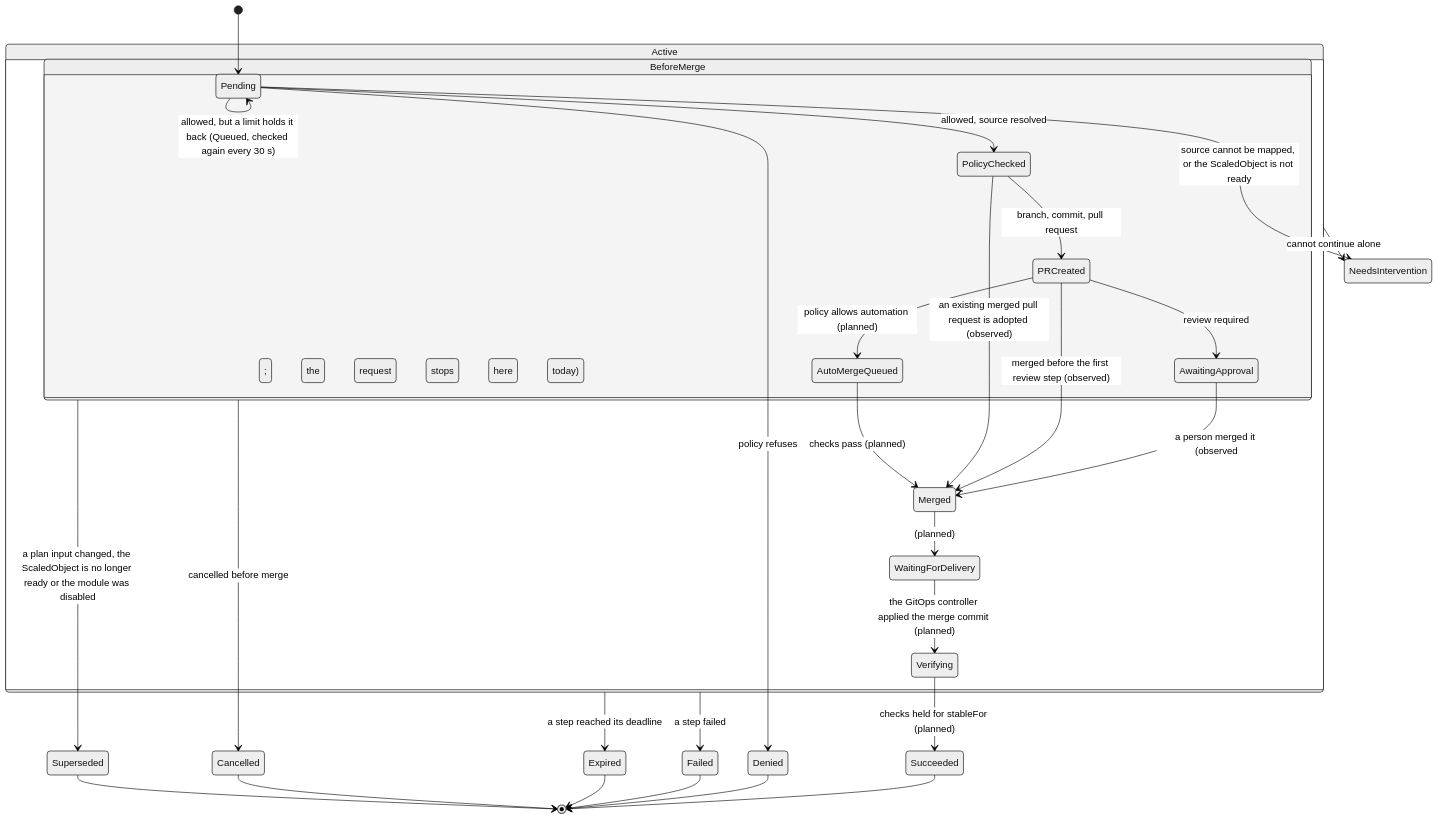
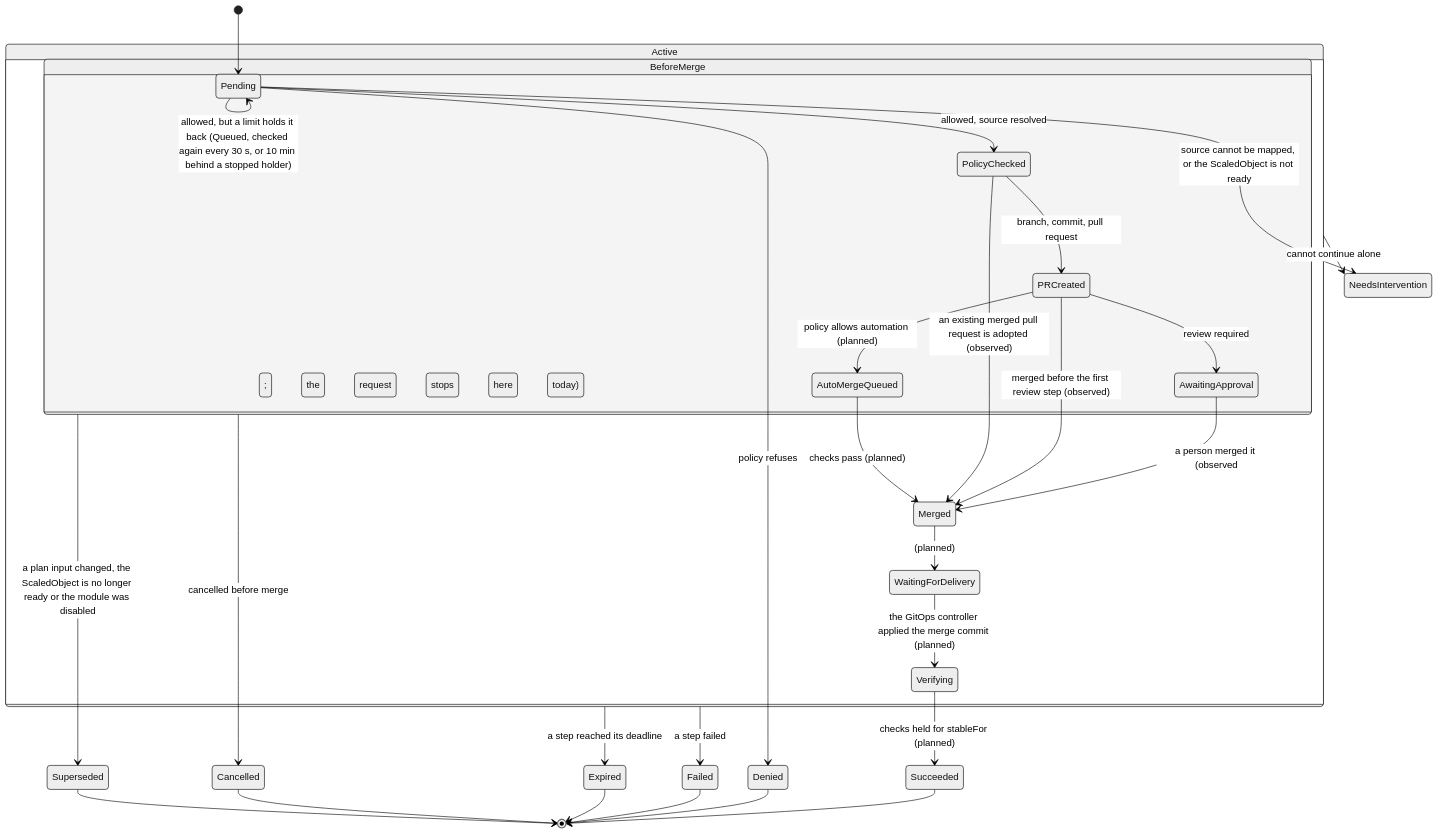
The third of 5 diagrams in docs/design.md (pkalin/shadewright), drawn with Mermaid (neutral theme) before and after one commit. The commit also changed other lines of this file and 16 other files, not shown here.

````diff
--- a/docs/design.md
+++ b/docs/design.md
@@ -541,34 +541,34 @@
 ```mermaid
 stateDiagram-v2
     [*] --> Pending
     state Active {
         state BeforeMerge {
             Pending --> PolicyChecked: allowed, source resolved
             PolicyChecked --> PRCreated: branch, commit, pull request
             PRCreated --> AwaitingApproval: review required
             PRCreated --> AutoMergeQueued: policy allows automation (planned)
             AwaitingApproval --> Merged: a person merged it (observed; the request stops here today)
             PRCreated --> Merged: merged before the first review step (observed)
             PolicyChecked --> Merged: an existing merged pull request is adopted (observed)
             AutoMergeQueued --> Merged: checks pass (planned)
         }
         Merged --> WaitingForDelivery: (planned)
         WaitingForDelivery --> Verifying: the GitOps controller applied the merge commit (planned)
     }
     Pending --> Denied: policy refuses
     Pending --> NeedsIntervention: source cannot be mapped, or the ScaledObject is not ready
     Pending --> Pending: KEDA has not reported on the ScaledObject yet (waits up to 10 minutes)
-    Pending --> Pending: allowed, but a limit holds it back (Queued, checked again every 30 s)
+    Pending --> Pending: allowed, but a limit holds it back (Queued, checked again every 30 s, or 10 min behind a stopped holder)
     Verifying --> Succeeded: checks held for stableFor (planned)
     BeforeMerge --> Cancelled: cancelled before merge
     BeforeMerge --> Superseded: a plan input changed, the ScaledObject is no longer ready or the module was disabled
     Active --> Expired: a step reached its deadline
     Active --> Failed: a step failed
     Active --> NeedsIntervention: cannot continue alone
     Succeeded --> [*]
     Denied --> [*]
     Failed --> [*]
     Expired --> [*]
     Cancelled --> [*]
     Superseded --> [*]
 ```
````
